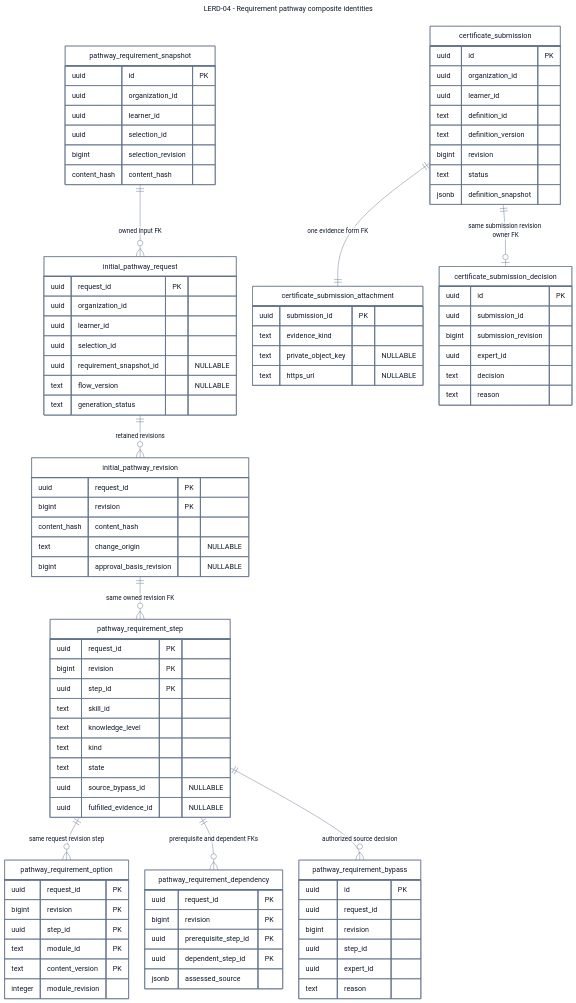
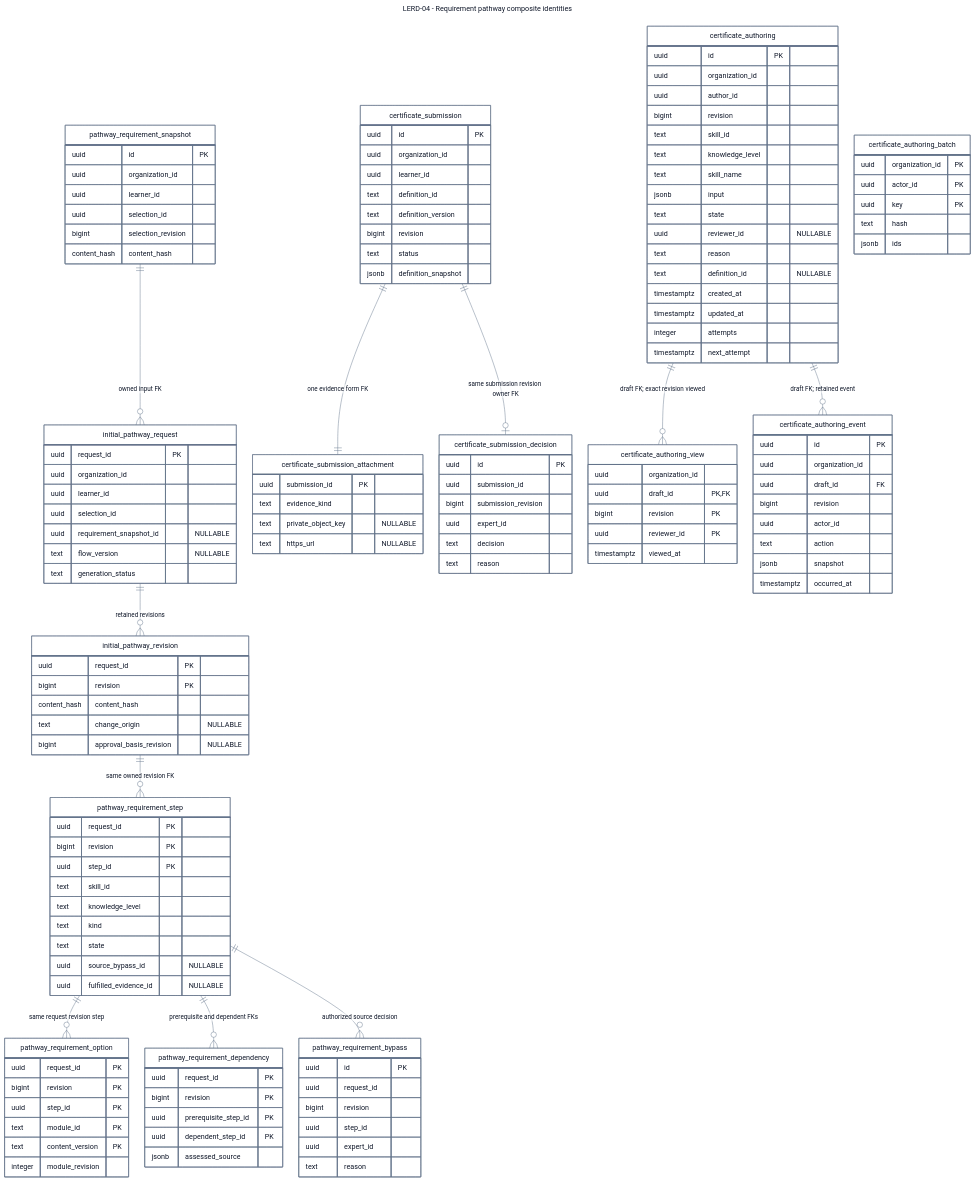
One commit to SEP490-Fall-2026-GFA26SE64/SEP490 changed the diagram in documents/diagrams/mermaid/lerd-04.mmd. Above: the diagram before and after it, drawn with Mermaid. The commit also changed 136 other files, not shown here.

```diff
--- a/documents/diagrams/mermaid/lerd-04.mmd
+++ b/documents/diagrams/mermaid/lerd-04.mmd
@@ -1,97 +1,143 @@
 ---
 title: "LERD-04 - Requirement pathway composite identities"
 config: {"theme":"base","fontFamily":"Segoe UI, Arial, sans-serif","themeVariables":{"fontSize":"16px","primaryColor":"#ffffff","primaryTextColor":"#0f1729","primaryBorderColor":"#64748b","lineColor":"#64748b","textColor":"#0f1729","background":"#ffffff","edgeLabelBackground":"#ffffff"},"layout":"dagre","er":{"layoutDirection":"LR","nodeSpacing":36,"rankSpacing":74,"entityPadding":16,"fontSize":16,"minEntityWidth":140,"diagramPadding":24}}
 ---
 
 erDiagram
   direction TB
   pathway_requirement_snapshot {
     uuid id PK
     uuid organization_id
     uuid learner_id
     uuid selection_id
     bigint selection_revision
     content_hash content_hash
   }
   initial_pathway_request {
     uuid request_id PK
     uuid organization_id
     uuid learner_id
     uuid selection_id
     uuid requirement_snapshot_id "NULLABLE"
     text flow_version "NULLABLE"
     text generation_status
   }
   initial_pathway_revision {
     uuid request_id PK
     bigint revision PK
     content_hash content_hash
     text change_origin "NULLABLE"
     bigint approval_basis_revision "NULLABLE"
   }
   pathway_requirement_step {
     uuid request_id PK
     bigint revision PK
     uuid step_id PK
     text skill_id
     text knowledge_level
     text kind
     text state
     uuid source_bypass_id "NULLABLE"
     uuid fulfilled_evidence_id "NULLABLE"
   }
   pathway_requirement_option {
     uuid request_id PK
     bigint revision PK
     uuid step_id PK
     text module_id PK
     text content_version PK
     integer module_revision
   }
   pathway_requirement_dependency {
     uuid request_id PK
     bigint revision PK
     uuid prerequisite_step_id PK
     uuid dependent_step_id PK
     jsonb assessed_source
   }
   pathway_requirement_bypass {
     uuid id PK
     uuid request_id
     bigint revision
     uuid step_id
     uuid expert_id
     text reason
   }
   pathway_requirement_snapshot ||--o{ initial_pathway_request : "owned input FK"
   initial_pathway_request ||--o{ initial_pathway_revision : "retained revisions"
   initial_pathway_revision ||--o{ pathway_requirement_step : "same owned revision FK"
   pathway_requirement_step ||--o{ pathway_requirement_option : "same request revision step"
   pathway_requirement_step ||--o{ pathway_requirement_dependency : "prerequisite and dependent FKs"
   pathway_requirement_step ||--o{ pathway_requirement_bypass : "authorized source decision"
   certificate_submission {
     uuid id PK
     uuid organization_id
     uuid learner_id
     text definition_id
     text definition_version
     bigint revision
     text status
     jsonb definition_snapshot
   }
   certificate_submission_attachment {
     uuid submission_id PK
     text evidence_kind
     text private_object_key "NULLABLE"
     text https_url "NULLABLE"
   }
   certificate_submission_decision {
     uuid id PK
     uuid submission_id
     bigint submission_revision
     uuid expert_id
     text decision
     text reason
   }
   certificate_submission ||--|| certificate_submission_attachment : "one evidence form FK"
   certificate_submission ||--o| certificate_submission_decision : "same submission revision owner FK"
+
+  %% V79 certificate definition authoring; distinct from learner certificate submissions.
+  certificate_authoring {
+    uuid id PK
+    uuid organization_id
+    uuid author_id
+    bigint revision
+    text skill_id
+    text knowledge_level
+    text skill_name
+    jsonb input
+    text state
+    uuid reviewer_id "NULLABLE"
+    text reason
+    text definition_id "NULLABLE"
+    timestamptz created_at
+    timestamptz updated_at
+    integer attempts
+    timestamptz next_attempt
+  }
+  certificate_authoring_batch {
+    uuid organization_id PK
+    uuid actor_id PK
+    uuid key PK
+    text hash
+    jsonb ids
+  }
+  certificate_authoring_view {
+    uuid organization_id
+    uuid draft_id PK, FK
+    bigint revision PK
+    uuid reviewer_id PK
+    timestamptz viewed_at
+  }
+  certificate_authoring_event {
+    uuid id PK
+    uuid organization_id
+    uuid draft_id FK
+    bigint revision
+    uuid actor_id
+    text action
+    jsonb snapshot
+    timestamptz occurred_at
+  }
+  certificate_authoring ||--o{ certificate_authoring_view : "draft FK; exact revision viewed"
+  certificate_authoring ||--o{ certificate_authoring_event : "draft FK; retained event"
```
